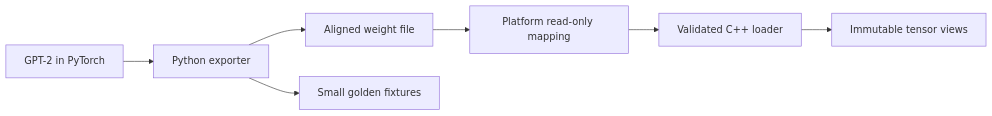
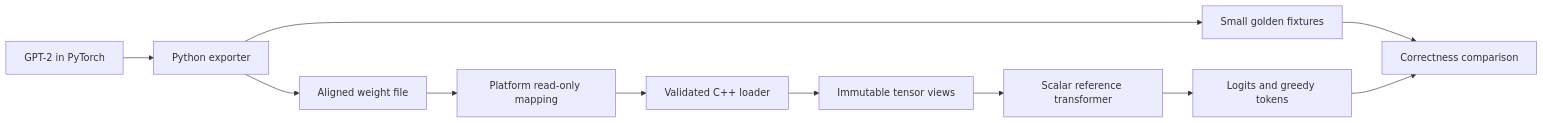
One commit to ArnavLifelessCoder/nanoinfer changed the diagram in README.md. Above: the diagram before and after it, drawn with Mermaid. The commit also changed other lines of this file and 23 other files, not shown here.

````diff
--- a/README.md
+++ b/README.md
@@ -12,9 +26,13 @@
 ```mermaid
 flowchart LR
     HF[GPT-2 in PyTorch] --> E[Python exporter]
     E --> W[Aligned weight file]
     E --> G[Small golden fixtures]
     W --> P[Platform read-only mapping]
     P --> L[Validated C++ loader]
     L --> V[Immutable tensor views]
+    V --> R[Scalar reference transformer]
+    R --> O[Logits and greedy tokens]
+    G --> C[Correctness comparison]
+    O --> C
 ```
````
